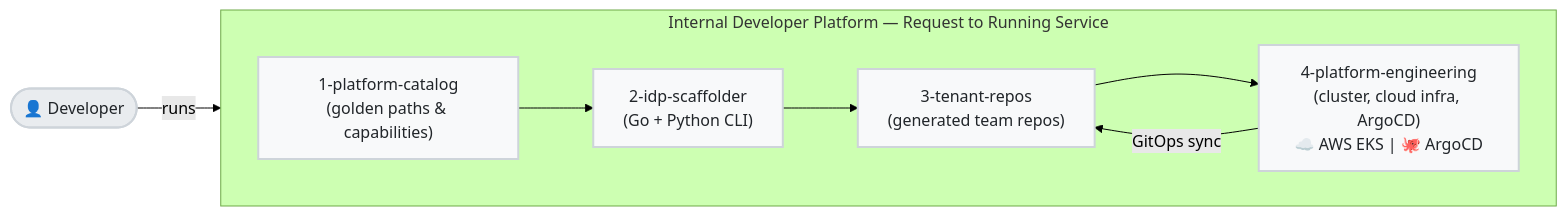
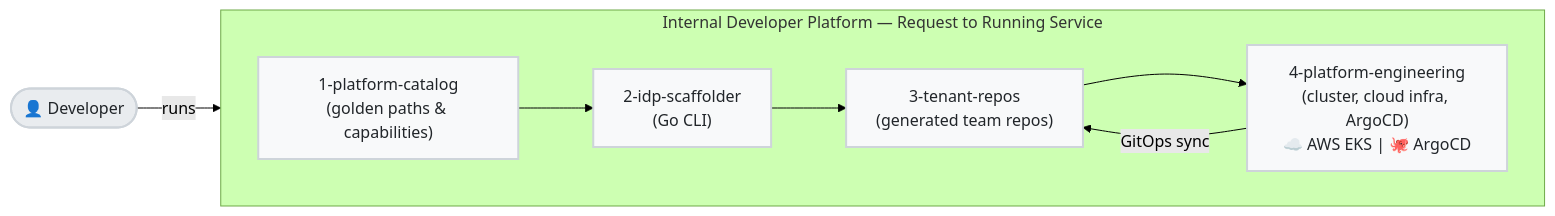
Before and after one commit to ok-karthik/internal-developer-platform: the first of 4 diagrams in README.md, drawn with Mermaid (forest theme). The commit also changed other lines of this file and 5 other files, not shown here.

````diff
--- a/README.md
+++ b/README.md
@@ -21,23 +21,23 @@
 ```mermaid
 flowchart LR
     Dev(["👤 Developer"])
 
     subgraph IDP ["Internal Developer Platform — Request to Running Service"]
         direction LR
         B1["1-platform-catalog<br/>(golden paths & capabilities)"]
-        B2["2-idp-scaffolder<br/>(Go + Python CLI)"]
+        B2["2-idp-scaffolder<br/>(Go CLI)"]
         B3["3-tenant-repos<br/>(generated team repos)"]
         B4["4-platform-engineering<br/>(cluster, cloud infra, ArgoCD)<br/>☁️ AWS EKS | 🐙 ArgoCD"]
 
         B1 --> B2
         B2 --> B3
         B3 --> B4
         B4 -- "GitOps sync" --> B3
     end
 
     Dev -->|runs| B2
 
     classDef default fill:#f8f9fa,stroke:#ced4da,stroke-width:2px,color:#212529;
     classDef person fill:#e9ecef,stroke:#ced4da,stroke-width:2px,color:#212529;
     class Dev person;
 ```
````
